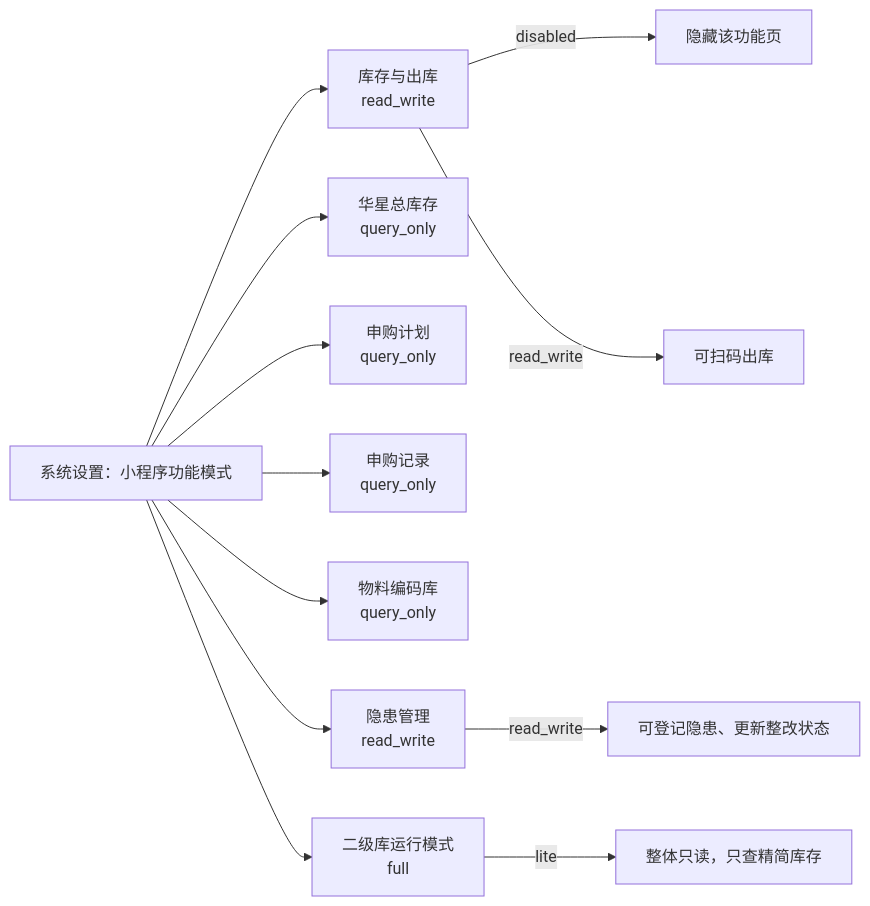
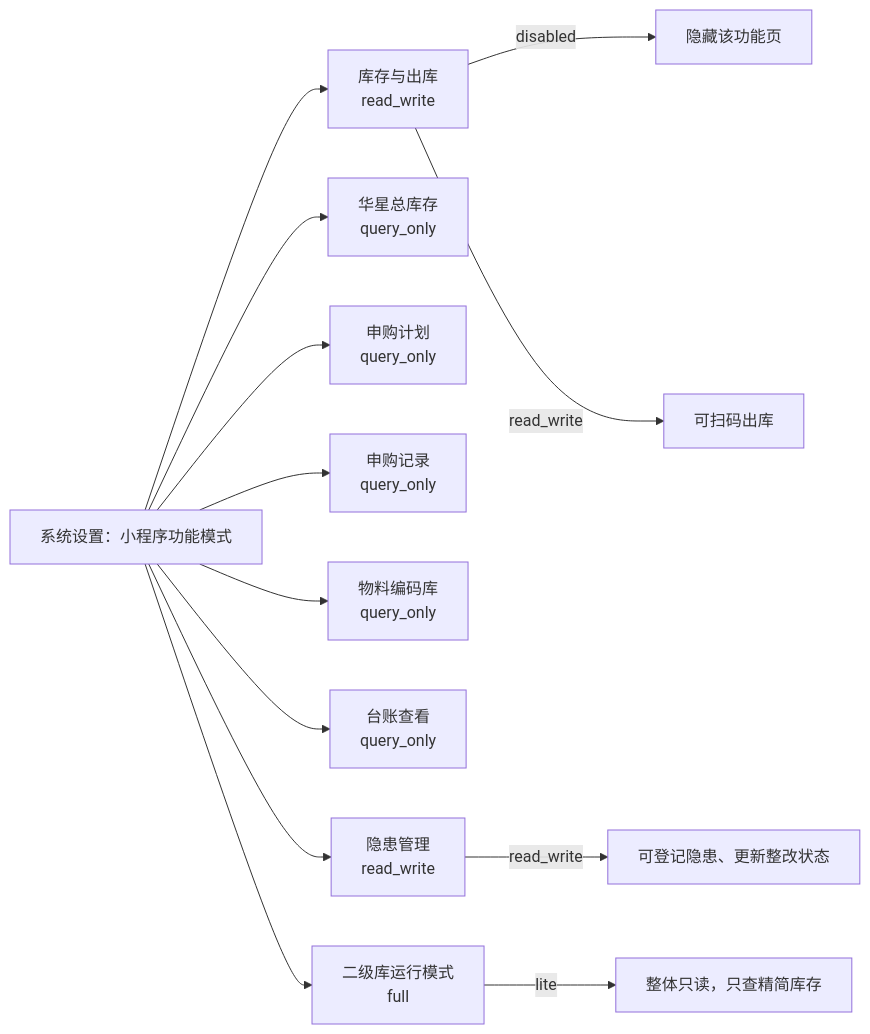
One commit to Sakana-1314/Electrical-Manager changed the seventh of 7 diagrams in docs/websites/pages/dev-architecture.md. Above: the diagram before and after it, drawn with Mermaid. The commit also changed other lines of this file and 30 other files, not shown here.

````diff
--- a/docs/websites/pages/dev-architecture.md
+++ b/docs/websites/pages/dev-architecture.md
@@ -904,14 +905,15 @@
 ```mermaid
 flowchart LR
     S["系统设置：小程序功能模式"] --> I["库存与出库<br/>read_write"]
     S --> H["华星总库存<br/>query_only"]
     S --> P["申购计划<br/>query_only"]
     S --> R["申购记录<br/>query_only"]
     S --> C["物料编码库<br/>query_only"]
+    S --> G["台账查看<br/>query_only"]
     S --> Z["隐患管理<br/>read_write"]
     S --> L["二级库运行模式<br/>full"]
     I -- "disabled" --> I1["隐藏该功能页"]
     I -- "read_write" --> I2["可扫码出库"]
     Z -- "read_write" --> Z2["可登记隐患、更新整改状态"]
     L -- "lite" --> L1["整体只读，只查精简库存"]
 ```
````
